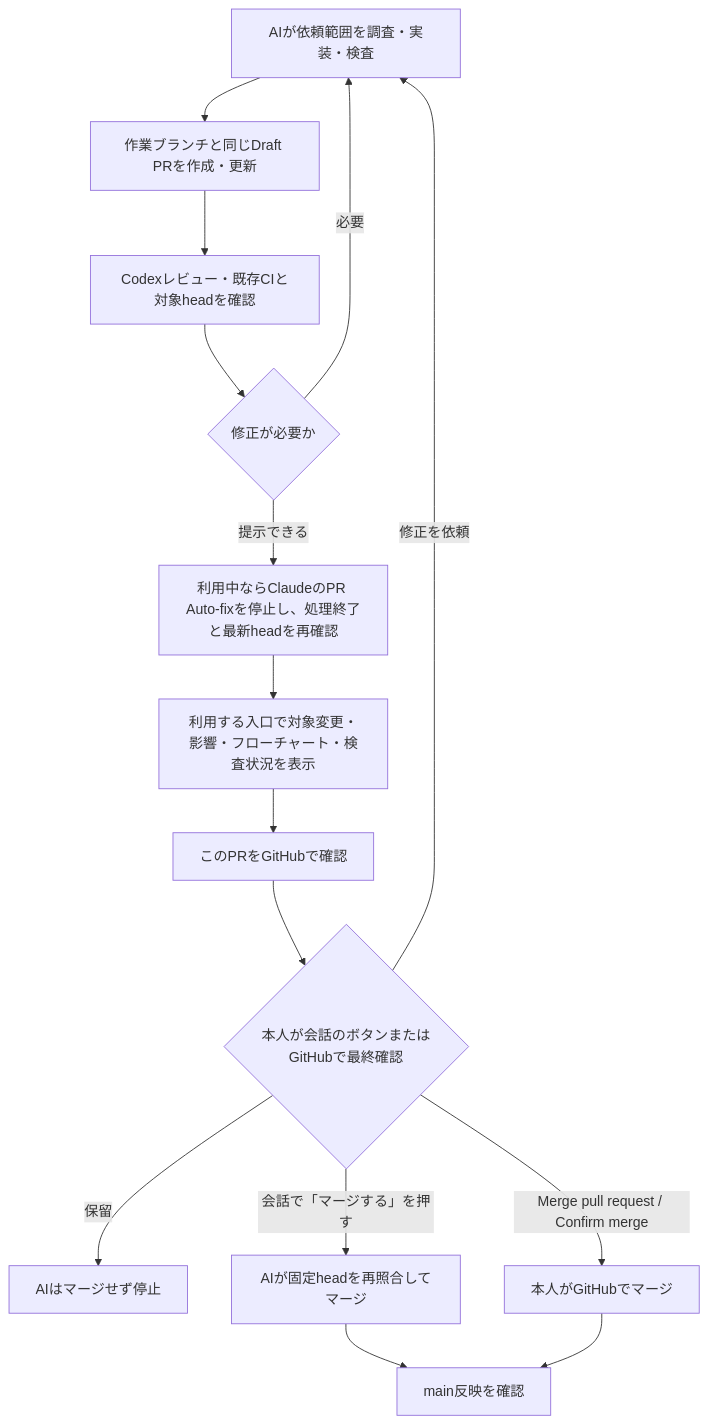
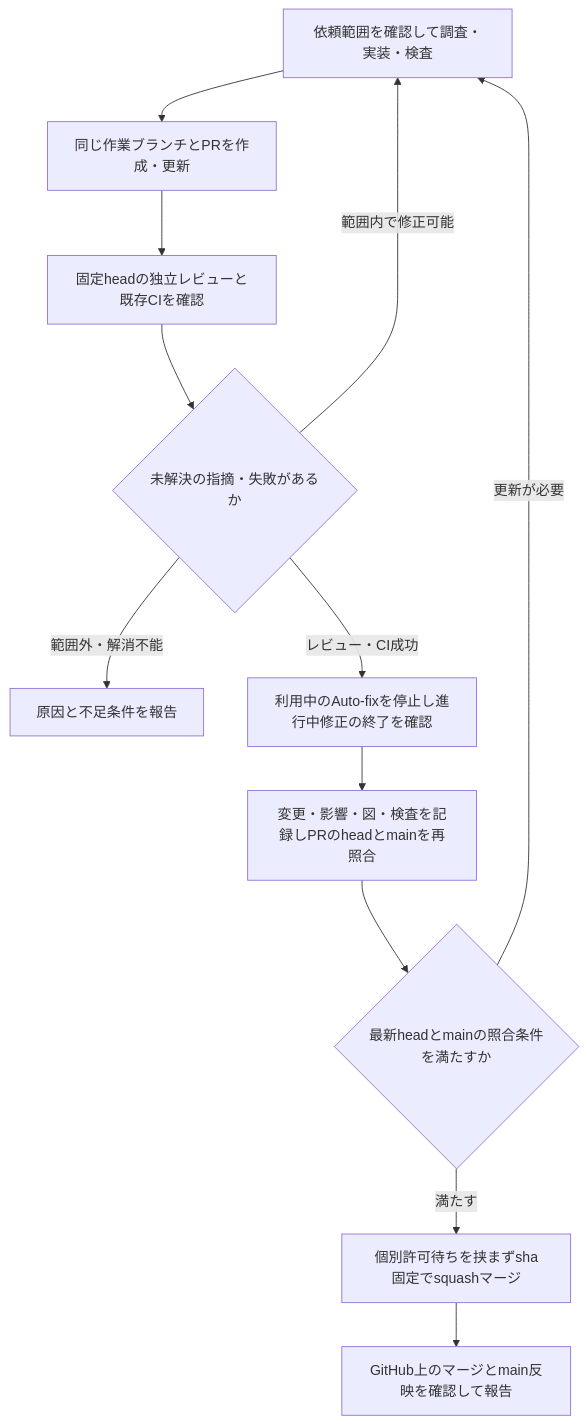
One commit to takechanman12250711-oss/chappy-boatrace-ai changed the diagram in docs/development-approval.md. Above: the diagram before and after it, drawn with Mermaid. The commit also changed other lines of this file and 16 other files, not shown here.

````diff
--- a/docs/development-approval.md
+++ b/docs/development-approval.md
@@ -5,17 +5,14 @@
 ```mermaid
 flowchart TD
-    A["AIが依頼範囲を調査・実装・検査"] --> B["作業ブランチと同じDraft PRを作成・更新"]
-    B --> C["Codexレビュー・既存CIと対象headを確認"]
-    C --> D{"修正が必要か"}
-    D -->|必要| A
-    D -->|提示できる| K["利用中ならClaudeのPR Auto-fixを停止し、処理終了と最新headを再確認"]
-    K --> E["利用する入口で対象変更・影響・フローチャート・検査状況を表示"]
-    E --> F["このPRをGitHubで確認"]
-    F --> G{"本人が会話のボタンまたはGitHubで最終確認"}
-    G -->|修正を依頼| A
-    G -->|保留| H["AIはマージせず停止"]
-    G -->|会話で「マージする」を押す| L["AIが固定headを再照合してマージ"]
-    G -->|Merge pull request / Confirm merge| I["本人がGitHubでマージ"]
-    L --> J["main反映を確認"]
-    I --> J
+    A["依頼範囲を確認して調査・実装・検査"] --> B["同じ作業ブランチとPRを作成・更新"]
+    B --> C["固定headの独立レビューと既存CIを確認"]
+    C --> D{"未解決の指摘・失敗があるか"}
+    D -->|範囲内で修正可能| A
+    D -->|範囲外・解消不能| H["原因と不足条件を報告"]
+    D -->|レビュー・CI成功| E["利用中のAuto-fixを停止し進行中修正の終了を確認"]
+    E --> F["変更・影響・図・検査を記録しPRのheadとmainを再照合"]
+    F --> G{"最新headとmainの照合条件を満たすか"}
+    G -->|更新が必要| A
+    G -->|満たす| I["個別許可待ちを挟まずsha固定でsquashマージ"]
+    I --> J["GitHub上のマージとmain反映を確認して報告"]
 ```
````
